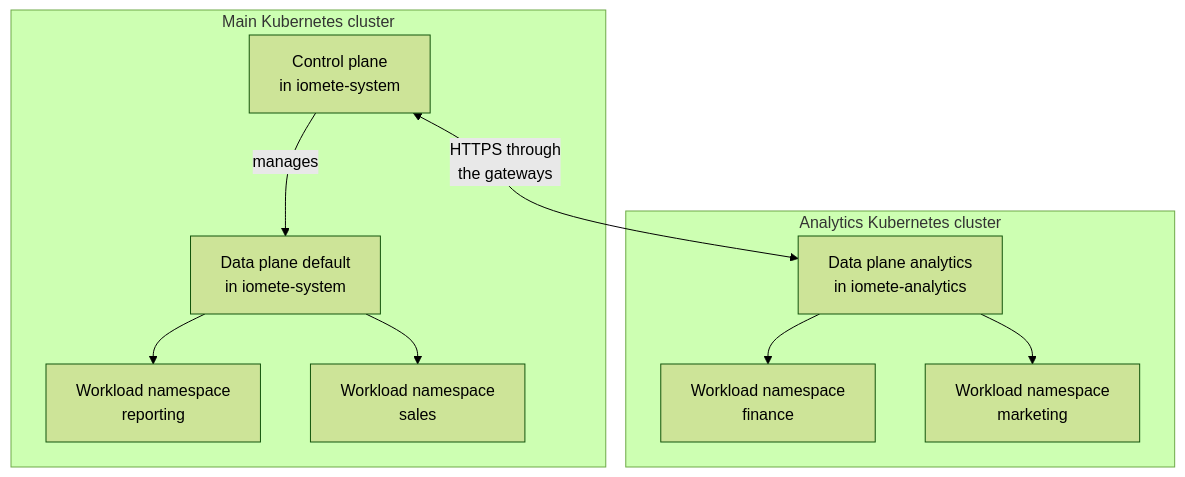
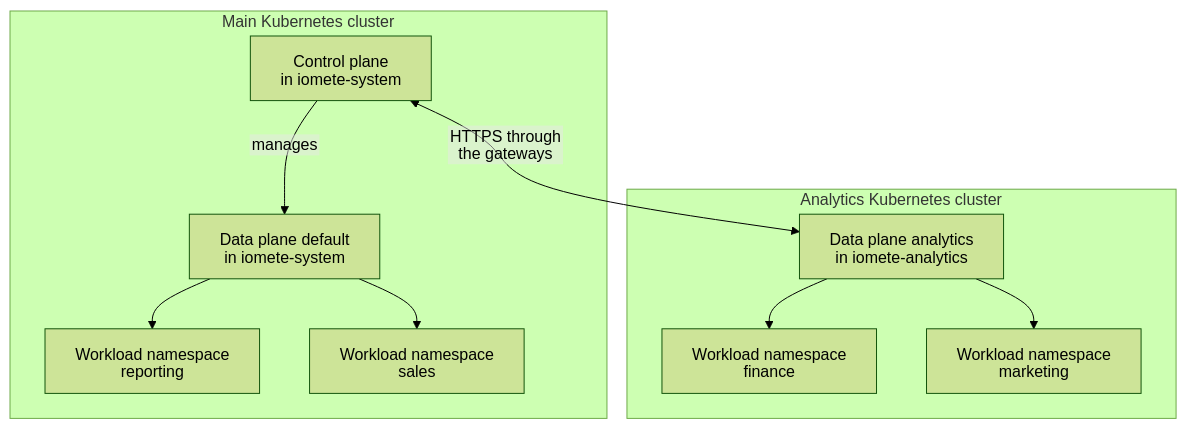
The diagram in docs/deployment/multi-cluster-setup.mdx (iomete/iom-docs), drawn with Mermaid (forest theme) before and after one commit.

Commit message:
docs(PLA-1939): stop the topology diagram from clipping their labels
Mermaid drew node labels as HTML inside SVG foreignObject boxes that
were sized before the browser laid out the text, so some browsers cut
labels off at the box edge. The diagrams now use SVG text labels,
which Mermaid measures in the font it renders.

Claude-Session: https://claude.ai/code/session_01XkpUaYW9NSzuVsjLvzicfy

````diff
--- a/docs/deployment/multi-cluster-setup.mdx
+++ b/docs/deployment/multi-cluster-setup.mdx
@@ -24,27 +24,29 @@
 ```mermaid
 ---
 config:
+  htmlLabels: false
   flowchart:
+    htmlLabels: false
     wrappingWidth: 400
 ---
 flowchart TB
   accTitle: One control plane with two data planes in two Kubernetes clusters
   accDescr: The main Kubernetes cluster runs the control plane and the default data plane in the iomete-system namespace. The default data plane runs workloads in the reporting and sales namespaces. The analytics Kubernetes cluster runs the analytics data plane in the iomete-analytics namespace, and it runs workloads in the finance and marketing namespaces. The control plane and the analytics data plane call each other over HTTPS through their gateways.
   subgraph mainCluster["Main Kubernetes cluster"]
     controlPlane["Control plane<br/>in iomete-system"]
     defaultPlane["Data plane default<br/>in iomete-system"]
     reportingNamespace["Workload namespace<br/>reporting"]
     salesNamespace["Workload namespace<br/>sales"]
   end
   subgraph analyticsCluster["Analytics Kubernetes cluster"]
     analyticsPlane["Data plane analytics<br/>in iomete-analytics"]
     financeNamespace["Workload namespace<br/>finance"]
     marketingNamespace["Workload namespace<br/>marketing"]
   end
   controlPlane -->|manages| defaultPlane
   controlPlane <-->|HTTPS through<br/>the gateways| analyticsPlane
   defaultPlane --> reportingNamespace
   defaultPlane --> salesNamespace
   analyticsPlane --> financeNamespace
   analyticsPlane --> marketingNamespace
 ```
````
